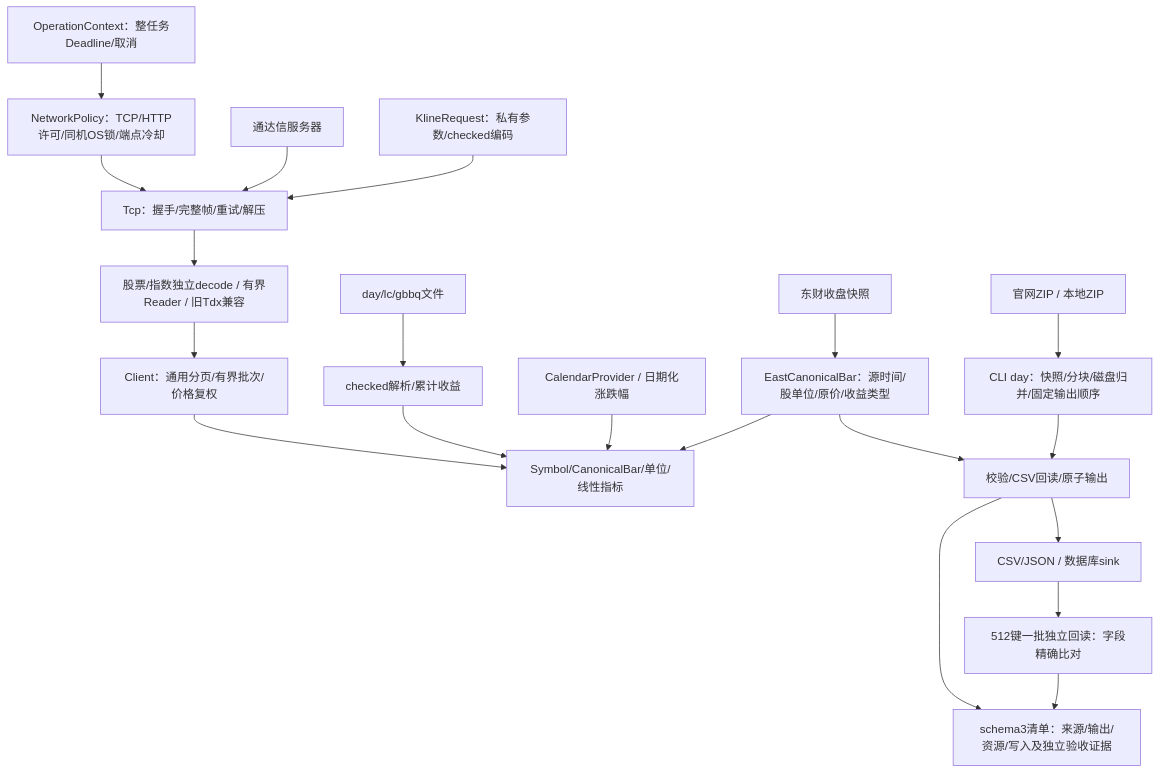
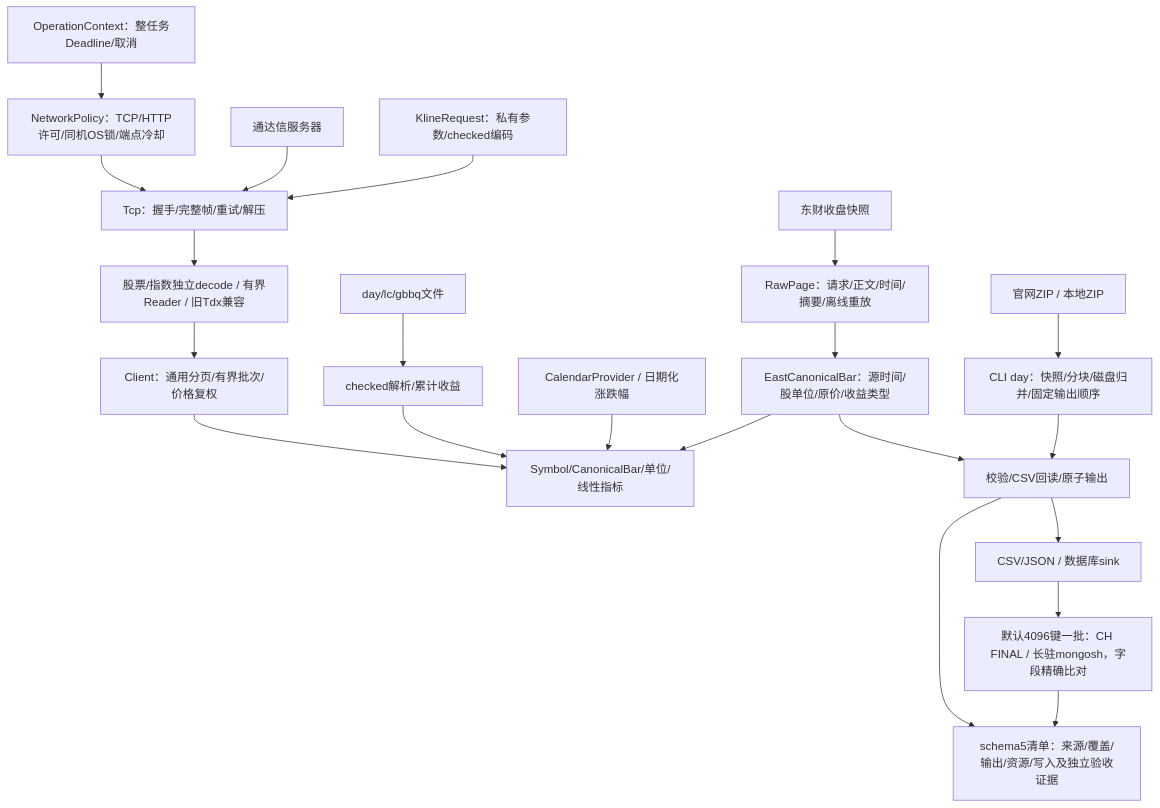
The diagram in docs/PROJECT_ANALYSIS.md (jelven007/rustdx), drawn with Mermaid before and after one commit. The commit also changed other lines of this file and 16 other files, not shown here.

````diff
--- a/docs/PROJECT_ANALYSIS.md
+++ b/docs/PROJECT_ANALYSIS.md
@@ -15,22 +15,23 @@
 ```mermaid
 flowchart TB
     TASK["OperationContext：整任务Deadline/取消"] --> POLICY
     POLICY["NetworkPolicy：TCP/HTTP许可/同机OS锁/端点冷却"] --> FRAME
     TDX["通达信服务器"] --> FRAME["Tcp：握手/完整帧/重试/解压"]
     REQUEST["KlineRequest：私有参数/checked编码"] --> FRAME
     FRAME --> DECODE["股票/指数独立decode / 有界Reader / 旧Tdx兼容"]
     DECODE --> CLIENT["Client：通用分页/有界批次/价格复权"]
     LOCAL["day/lc/gbbq文件"] --> FILE["checked解析/累计收益"]
     CLIENT --> MODEL["Symbol/CanonicalBar/单位/线性指标"]
     FILE --> MODEL
     RULE["CalendarProvider / 日期化涨跌幅"] --> MODEL
     ZIP["官网ZIP / 本地ZIP"] --> CLI["CLI day：快照/分块/磁盘归并/固定输出顺序"]
-    EAST["东财收盘快照"] --> ADAPTER["EastCanonicalBar：源时间/股单位/原价/收益类型"]
+    EAST["东财收盘快照"] --> RAW["RawPage：请求/正文/时间/摘要/离线重放"]
+    RAW --> ADAPTER["EastCanonicalBar：源时间/股单位/原价/收益类型"]
     ADAPTER --> MODEL
     ADAPTER --> EXPORT["校验/CSV回读/原子输出"]
     CLI --> EXPORT
     EXPORT --> STORE["CSV/JSON / 数据库sink"]
-    EXPORT --> MANIFEST["schema3清单：来源/输出/资源/写入及独立验收证据"]
-    STORE --> VERIFY["512键一批独立回读：字段精确比对"]
+    EXPORT --> MANIFEST["schema5清单：来源/覆盖/输出/资源/写入及独立验收证据"]
+    STORE --> VERIFY["默认4096键一批：CH FINAL / 长驻mongosh，字段精确比对"]
     VERIFY --> MANIFEST
 ```
````
